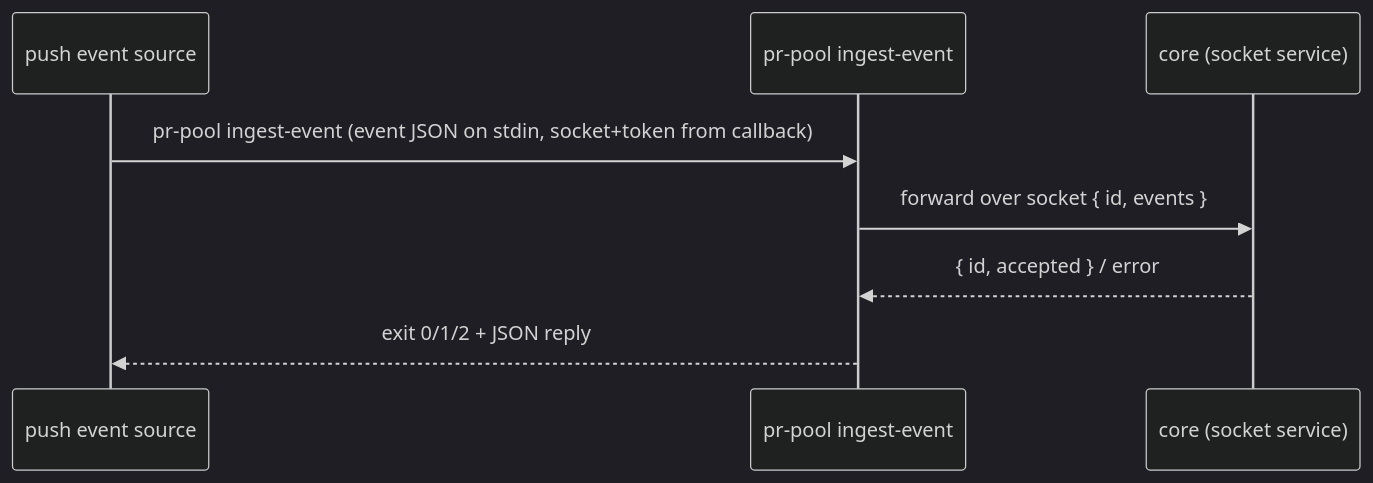
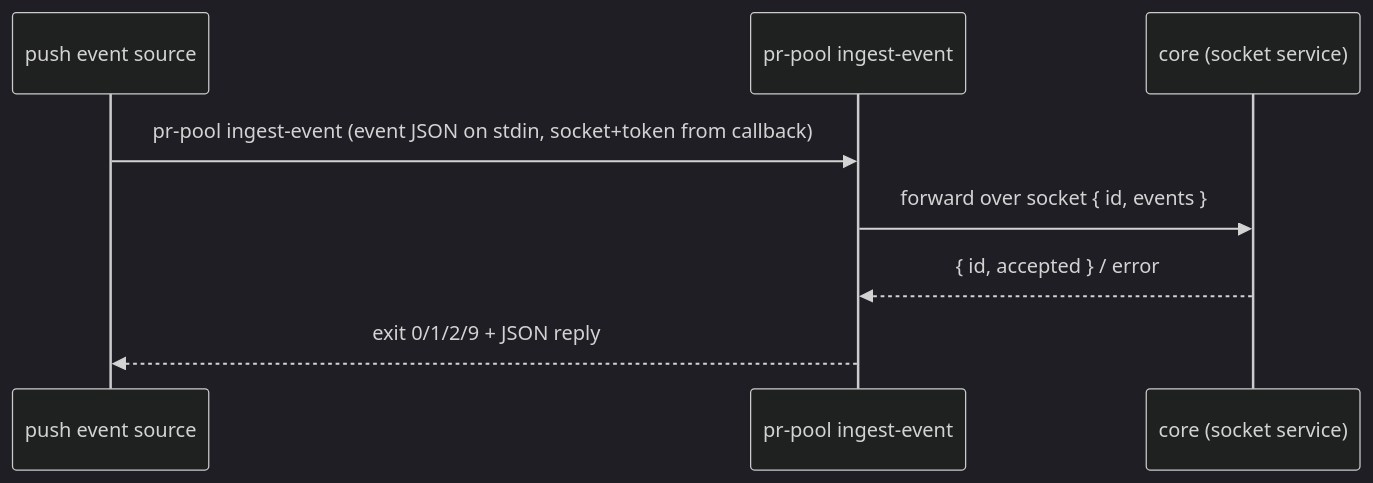
Before and after one commit to phillipgreenii/nix-agent-support: the diagram in packages/pr-pool/docs/decisions/wire.md, drawn with Mermaid (dark theme). The commit also changed other lines of this file and 17 other files, not shown here.

````diff
--- a/packages/pr-pool/docs/decisions/wire.md
+++ b/packages/pr-pool/docs/decisions/wire.md
@@ -162,10 +165,10 @@
 ```mermaid
 sequenceDiagram
     participant Src as push event source
     participant CLI as pr-pool ingest-event
     participant Core as core (socket service)
     Src->>CLI: pr-pool ingest-event  (event JSON on stdin, socket+token from callback)
     CLI->>Core: forward over socket { id, events }
     Core-->>CLI: { id, accepted } / error
-    CLI-->>Src: exit 0/1/2 + JSON reply
+    CLI-->>Src: exit 0/1/2/9 + JSON reply
 ```
````
